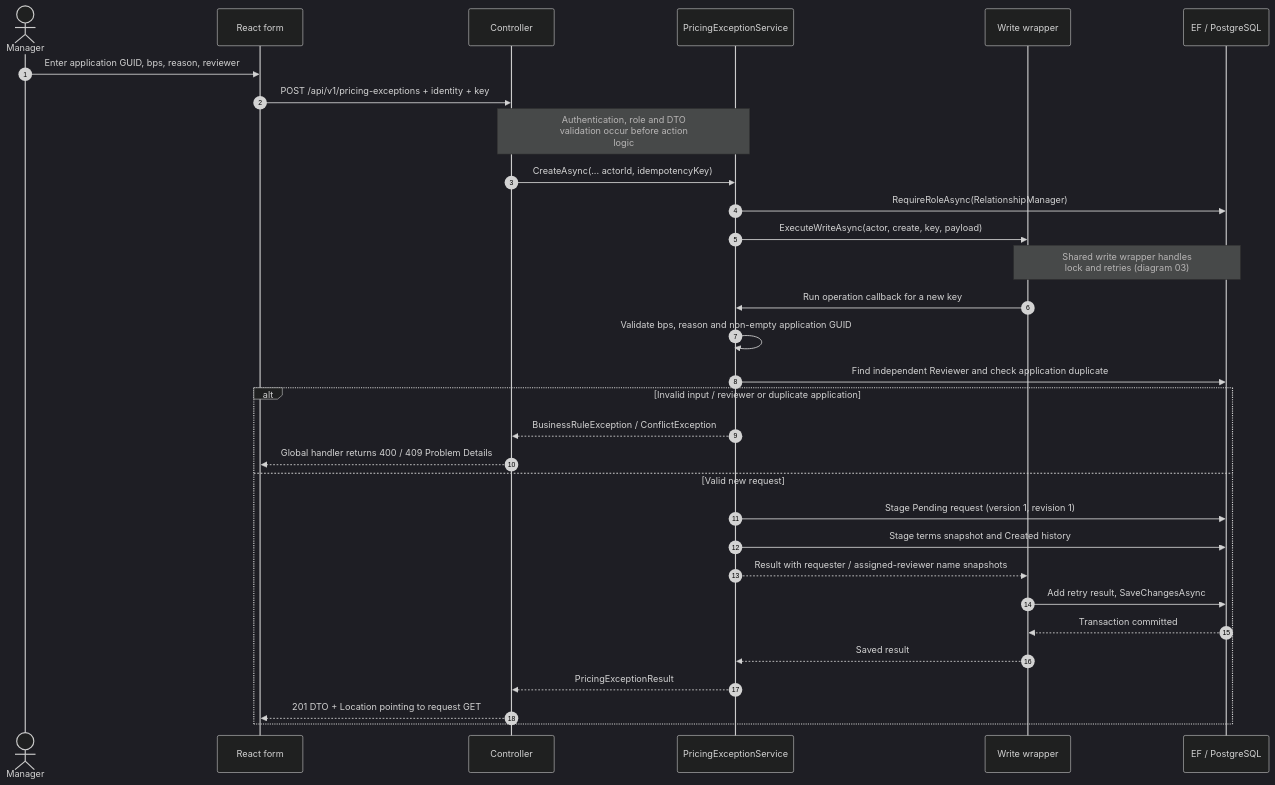
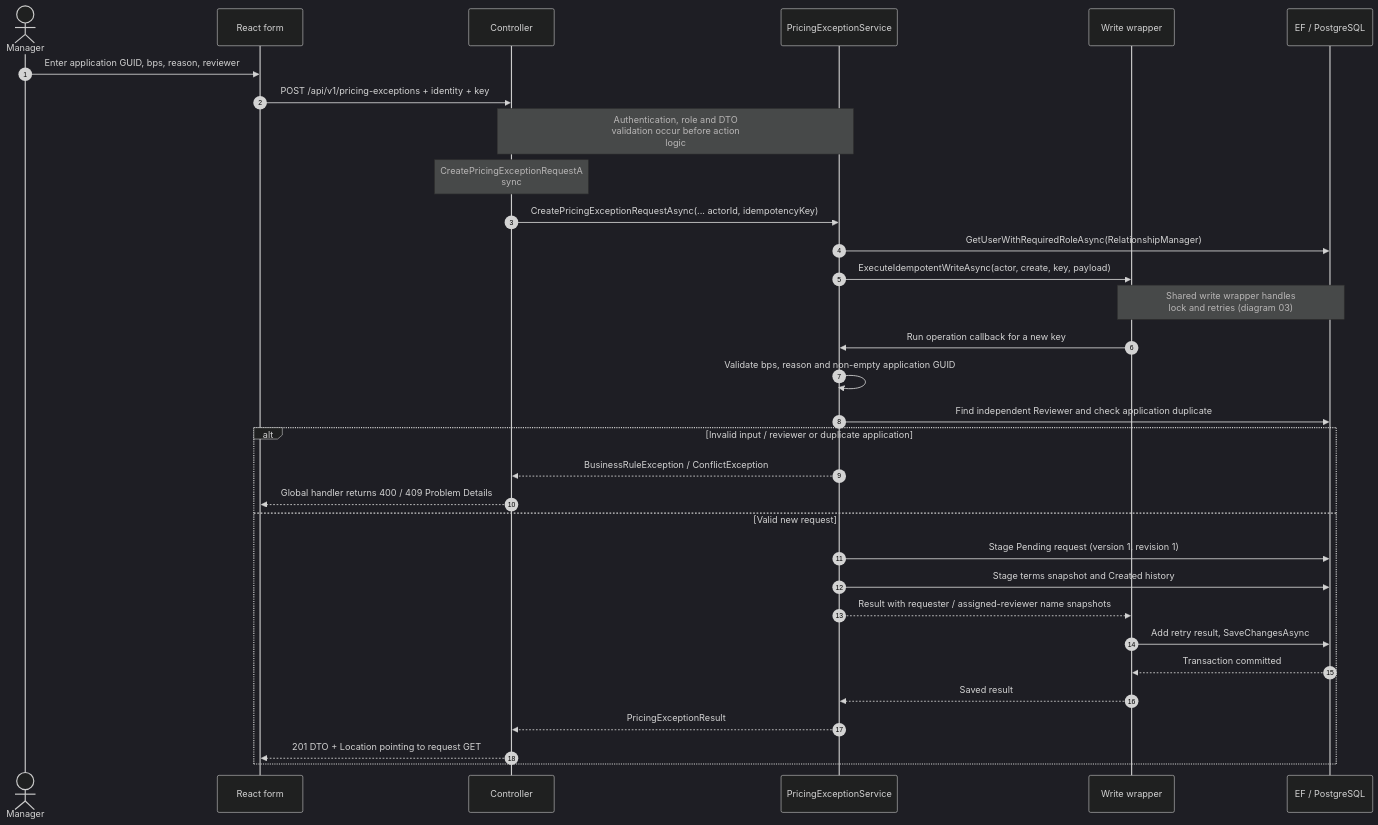
The diagram in Backend/BlueHarvest.PricingExceptions/docs/CurrentImplementation/diagrams/02-create-request.mmd (FerdinandGang4/Mortgage-pricing-exception-requests-Application), drawn with Mermaid (dark theme) before and after one commit. The commit also changed 128 other files, not shown here.

```diff
--- a/Backend/BlueHarvest.PricingExceptions/docs/CurrentImplementation/diagrams/02-create-request.mmd
+++ b/Backend/BlueHarvest.PricingExceptions/docs/CurrentImplementation/diagrams/02-create-request.mmd
@@ -1,31 +1,32 @@
 sequenceDiagram
     autonumber
     actor M as Manager
     participant UI as React form
     participant C as Controller
     participant S as PricingExceptionService
     participant W as Write wrapper
     participant D as EF / PostgreSQL
     M->>UI: Enter application GUID, bps, reason, reviewer
     UI->>C: POST /api/v1/pricing-exceptions + identity + key
     Note over C,S: Authentication, role and DTO<br/>validation occur before action<br/>logic
-    C->>S: CreateAsync(... actorId, idempotencyKey)
-    S->>D: RequireRoleAsync(RelationshipManager)
-    S->>W: ExecuteWriteAsync(actor, create, key, payload)
+    Note over C: CreatePricingExceptionRequestA<br/>sync
+    C->>S: CreatePricingExceptionRequestAsync(... actorId, idempotencyKey)
+    S->>D: GetUserWithRequiredRoleAsync(RelationshipManager)
+    S->>W: ExecuteIdempotentWriteAsync(actor, create, key, payload)
     Note over W,D: Shared write wrapper handles<br/>lock and retries (diagram 03)
     W->>S: Run operation callback for a new key
     S->>S: Validate bps, reason and non-empty application GUID
     S->>D: Find independent Reviewer and check application duplicate
     alt Invalid input / reviewer or duplicate application
         S-->>C: BusinessRuleException / ConflictException
         C-->>UI: Global handler returns 400 / 409 Problem Details
     else Valid new request
         S->>D: Stage Pending request (version 1, revision 1)
         S->>D: Stage terms snapshot and Created history
         S-->>W: Result with requester / assigned-reviewer name snapshots
         W->>D: Add retry result, SaveChangesAsync
         D-->>W: Transaction committed
         W-->>S: Saved result
         S-->>C: PricingExceptionResult
         C-->>UI: 201 DTO + Location pointing to request GET
     end
```
